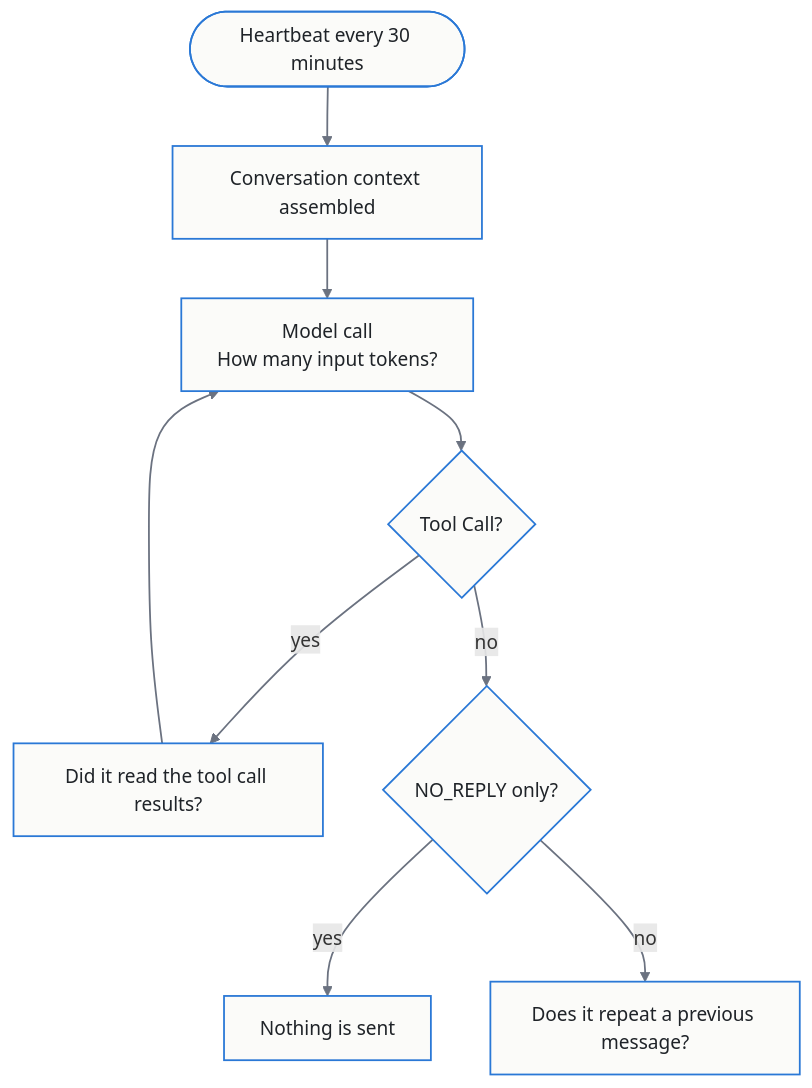
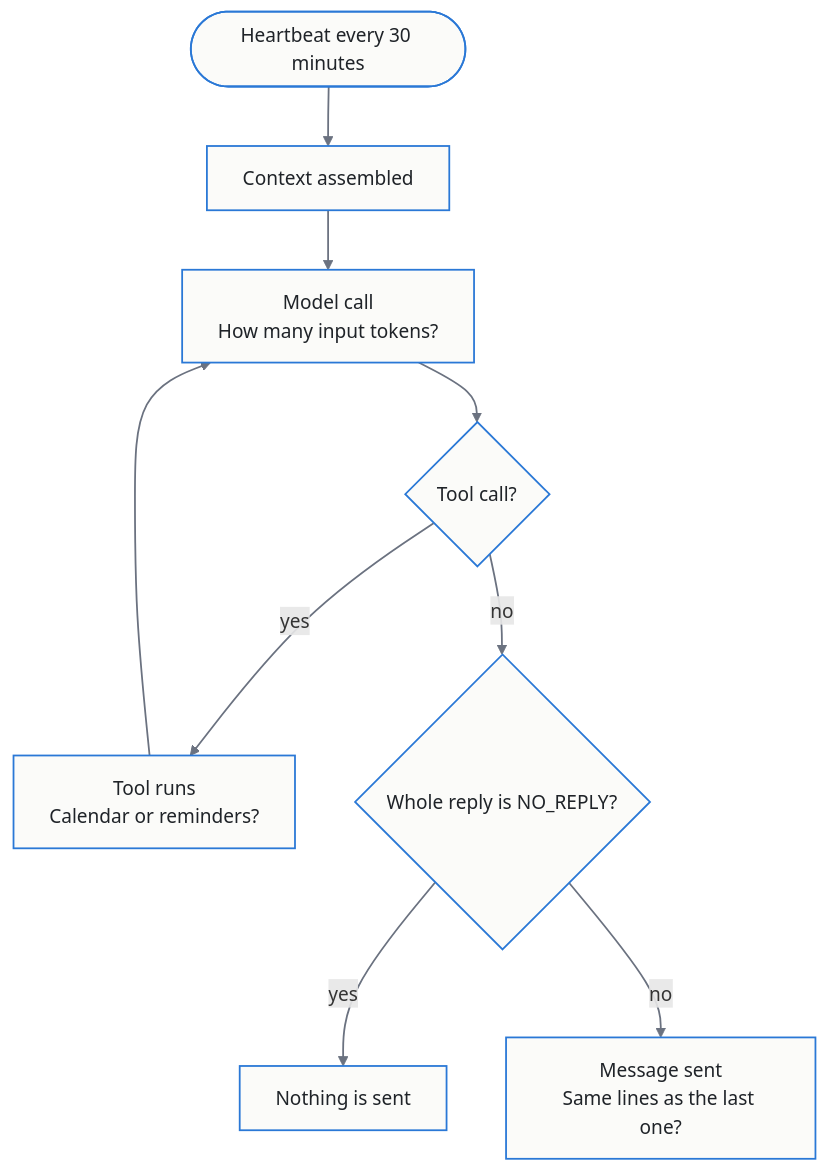
One commit to tildahh/openclaw-analysis changed the third of 3 diagrams in README.md. Above: the diagram before and after it, drawn with Mermaid. The commit also changed other lines of this file and 4 other files, not shown here.

````diff
--- a/README.md
+++ b/README.md
@@ -259,13 +261,13 @@
 ```mermaid
 flowchart TD
-    T(["Heartbeat every 30 minutes"]) --> C["Conversation context assembled"]
+    T(["Heartbeat every 30 minutes"]) --> C["Context assembled"]
     C --> M["Model call<br/>How many input tokens?"]
-    M --> Q{"Tool Call?"}
-    Q -- yes --> TL["Did it read the tool call results?"]
+    M --> Q{"Tool call?"}
+    Q -- yes --> TL["Tool runs<br/>Calendar or reminders?"]
     TL --> M
-    Q -- no --> R{"NO_REPLY only?"}
+    Q -- no --> R{"Whole reply is NO_REPLY?"}
     R -- yes --> S["Nothing is sent"]
-    R -- no --> D["Does it repeat a previous message?"]
+    R -- no --> D["Message sent<br/>Same lines as the last one?"]
     classDef default fill:#FBFBF9,stroke:#2A78D6,stroke-width:1.5px,color:#1F2328
     linkStyle default stroke:#6B7280,stroke-width:1.5px
 ```
````
